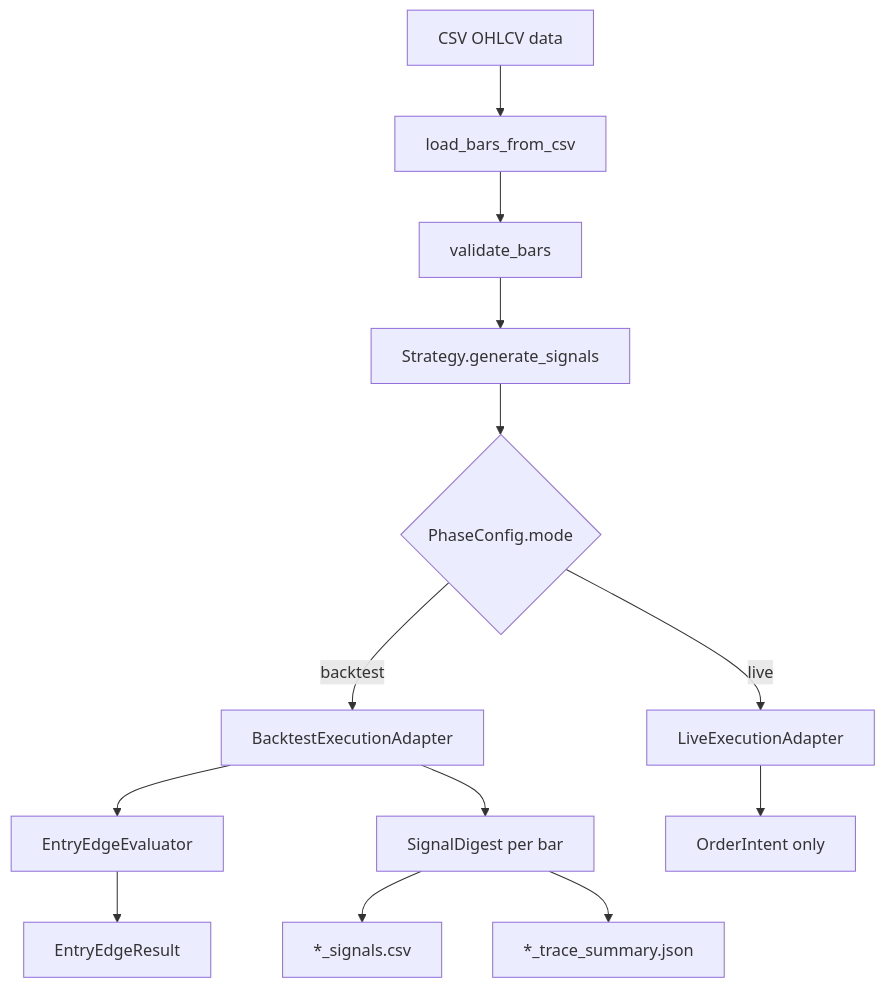
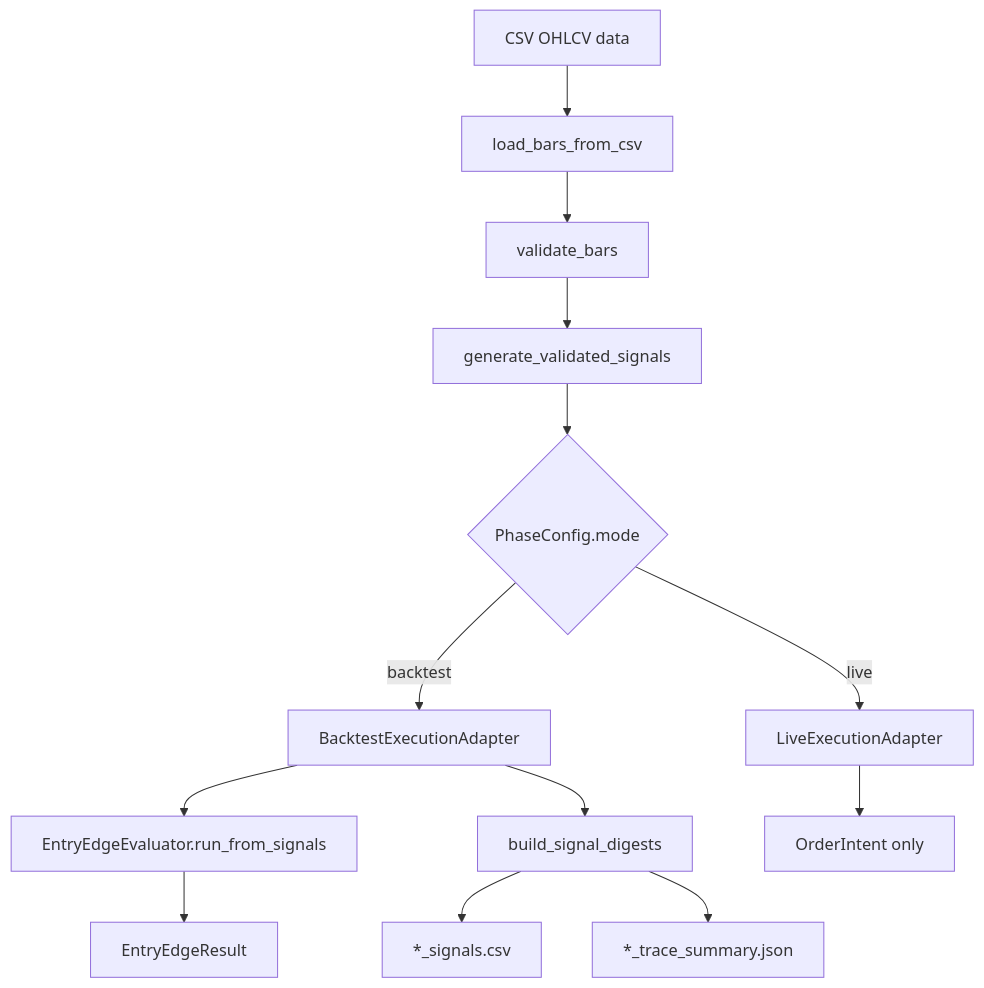
One commit to gary1033/signal-forge changed the diagram in docs/01-架構/SignalForge 架構總覽.md. Above: the diagram before and after it, drawn with Mermaid. The commit also changed other lines of this file and 42 other files, not shown here.

````diff
--- a/docs/01-架構/SignalForge 架構總覽.md
+++ b/docs/01-架構/SignalForge 架構總覽.md
@@ -63,15 +69,15 @@
 ```mermaid
 flowchart TD
     A["CSV OHLCV data"] --> B["load_bars_from_csv"]
     B --> C["validate_bars"]
-    C --> D["Strategy.generate_signals"]
+    C --> D["generate_validated_signals"]
     D --> E{"PhaseConfig.mode"}
     E -->|backtest| F["BacktestExecutionAdapter"]
     E -->|live| G["LiveExecutionAdapter"]
-    F --> H["EntryEdgeEvaluator"]
+    F --> H["EntryEdgeEvaluator.run_from_signals"]
     H --> I["EntryEdgeResult"]
-    F --> J["SignalDigest per bar"]
+    F --> J["build_signal_digests"]
     J --> K["*_signals.csv"]
     J --> L["*_trace_summary.json"]
     G --> M["OrderIntent only"]
 ```
````
